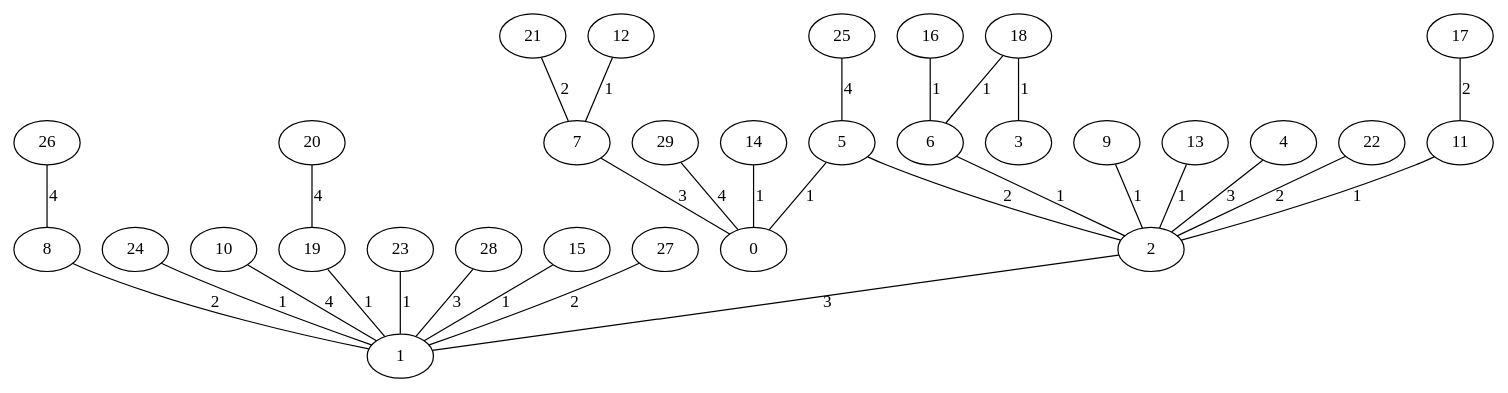
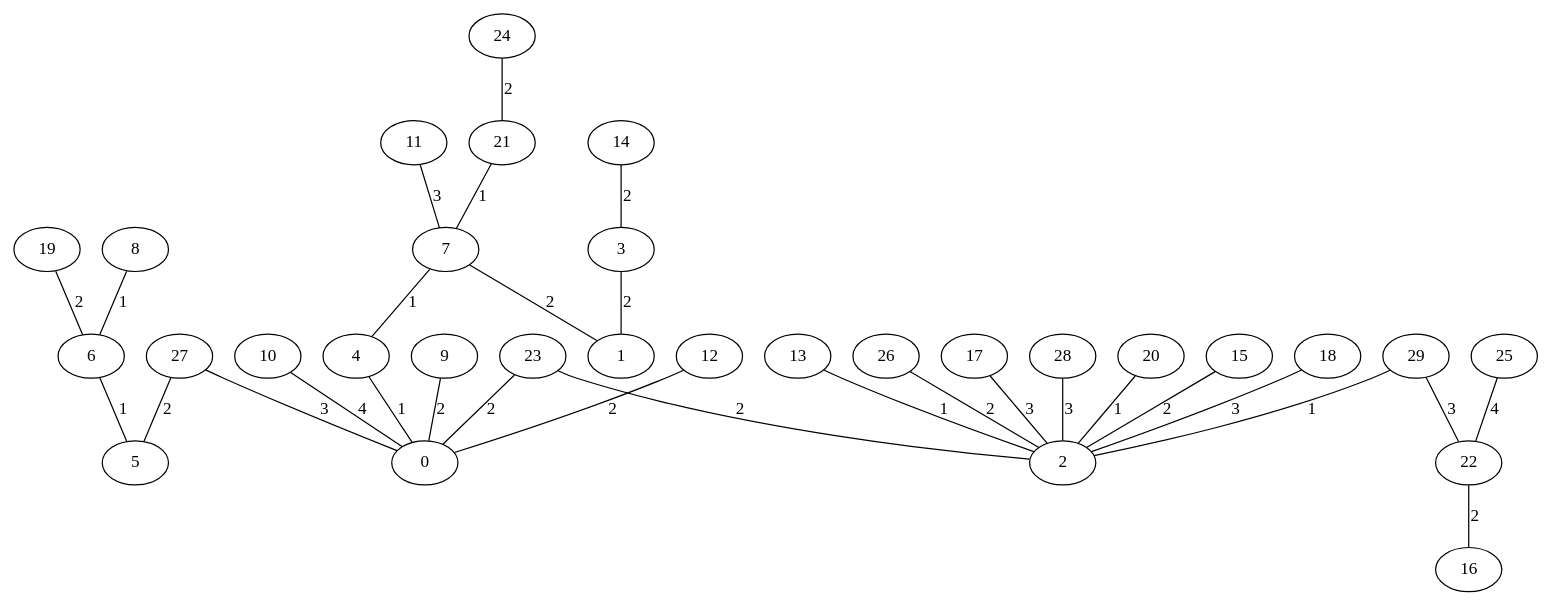
One commit to saradejesuss/GenerarGrafos changed the diagram in KruskalI_Barabasi3030.gv. Above: the diagram before and after it, drawn with Graphviz. The commit also changed 15 other files, not shown here.

```diff
--- a/KruskalI_Barabasi3030.gv
+++ b/KruskalI_Barabasi3030.gv
@@ -1,61 +1,61 @@
 graph{
    11;
-   16;
-   5;
-   8;
-   7;
+   9;
+   15;
+   13;
+   26;
    1;
-   2;
-   24;
-   6;
-   10;
-   21;
-   9;
-   18;
-   13;
-   29;
+   3;
+   25;
    4;
    17;
+   24;
+   27;
+   28;
+   14;
    12;
-   26;
-   20;
-   3;
-   0;
    19;
    23;
-   25;
-   28;
-   15;
-   27;
+   0;
+   20;
+   8;
+   2;
+   10;
+   16;
    22;
-   14;
-   15 -- 1 [label="1"];
-   29 -- 0 [label="4"];
-   10 -- 1 [label="4"];
-   4 -- 2 [label="3"];
-   25 -- 5 [label="4"];
-   18 -- 6 [label="1"];
-   6 -- 2 [label="1"];
-   23 -- 1 [label="1"];
-   19 -- 1 [label="1"];
-   14 -- 0 [label="1"];
-   11 -- 2 [label="1"];
-   22 -- 2 [label="2"];
-   26 -- 8 [label="4"];
-   8 -- 1 [label="2"];
-   5 -- 2 [label="2"];
-   16 -- 6 [label="1"];
-   20 -- 19 [label="4"];
-   28 -- 1 [label="3"];
-   12 -- 7 [label="1"];
-   21 -- 7 [label="2"];
+   29;
+   6;
+   21;
+   18;
+   5;
+   7;
+   27 -- 5 [label="2"];
+   23 -- 0 [label="2"];
+   29 -- 22 [label="3"];
+   18 -- 2 [label="3"];
+   11 -- 7 [label="3"];
+   20 -- 2 [label="1"];
+   21 -- 7 [label="1"];
+   14 -- 3 [label="2"];
+   7 -- 4 [label="1"];
+   15 -- 2 [label="2"];
+   19 -- 6 [label="2"];
+   28 -- 2 [label="3"];
+   22 -- 16 [label="2"];
+   25 -- 22 [label="4"];
+   27 -- 0 [label="3"];
    13 -- 2 [label="1"];
-   18 -- 3 [label="1"];
-   9 -- 2 [label="1"];
-   27 -- 1 [label="2"];
-   5 -- 0 [label="1"];
-   7 -- 0 [label="3"];
-   24 -- 1 [label="1"];
-   17 -- 11 [label="2"];
-   2 -- 1 [label="3"];
+   26 -- 2 [label="2"];
+   23 -- 2 [label="2"];
+   6 -- 5 [label="1"];
+   12 -- 0 [label="2"];
+   17 -- 2 [label="3"];
+   3 -- 1 [label="2"];
+   9 -- 0 [label="2"];
+   29 -- 2 [label="1"];
+   4 -- 0 [label="1"];
+   24 -- 21 [label="2"];
+   8 -- 6 [label="1"];
+   10 -- 0 [label="4"];
+   7 -- 1 [label="2"];
 }
```
